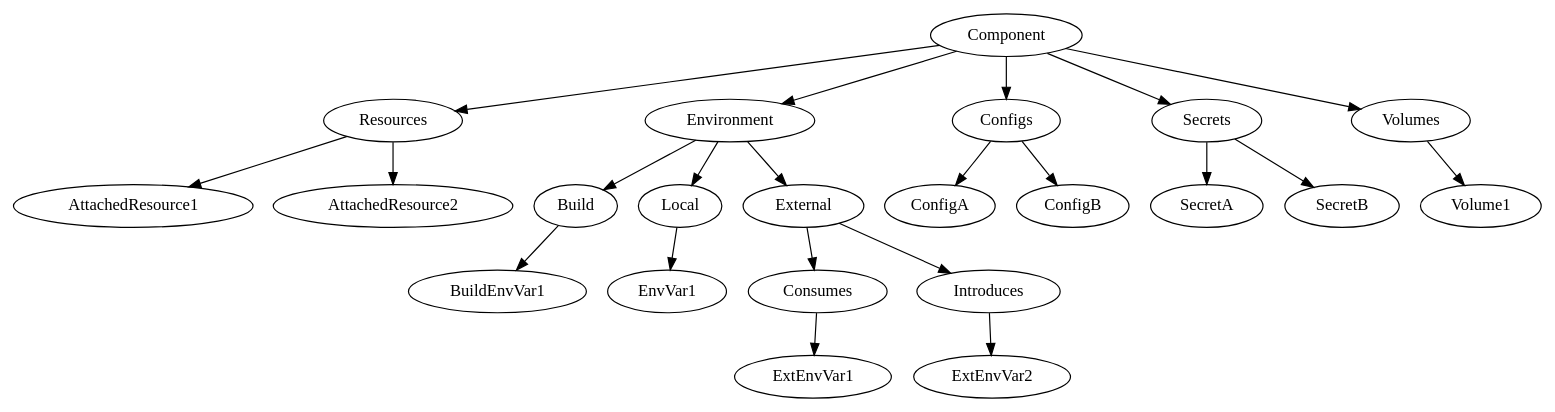
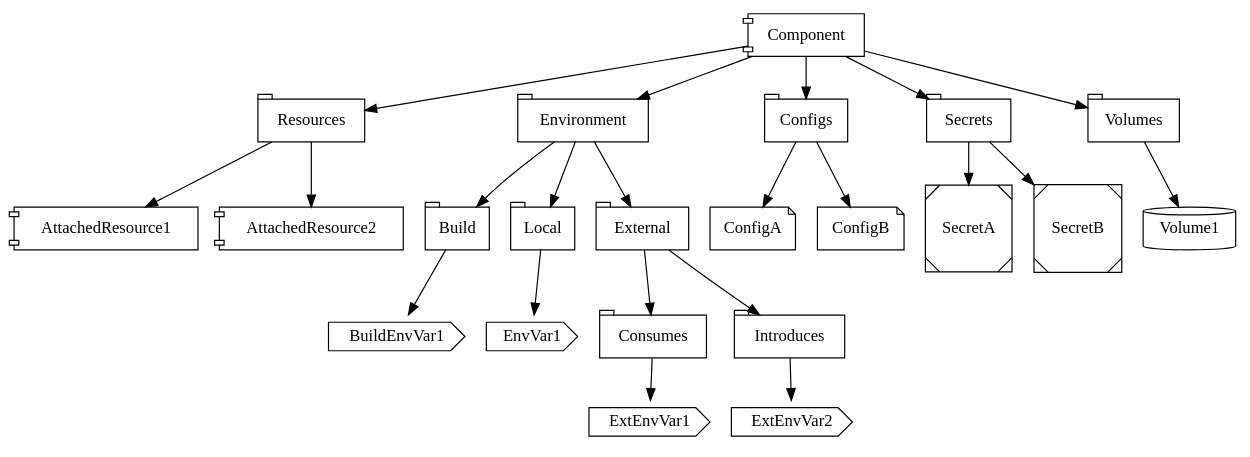
One commit to laetho/metagraf changed the diagram in doc/component.gv. Above: the diagram before and after it, drawn with Graphviz.

Commit message:
Added use of shapes to single component graph

```diff
--- a/doc/component.gv
+++ b/doc/component.gv
@@ -1,54 +1,73 @@
 digraph G {
-    rank=lrtp
+    rankdir="lr"
     /* Entities */
-    Component
+    Component [shape=component,colorscheme=pastel19,fillcolor=1]
 
-    Resources
-    Environment
-    Configs
-    Secrets
+    Resources [shape=tab]
+    AttachedResource1 [shape=component]
+    AttachedResource2 [shape=component]
 
-    Build
-    Local
-    External
+    Environment [shape=tab]
+    Build [shape=tab]
+    Local [shape=tab]
+    External [shape=tab]
+    Consumes [shape=tab]
+    Introduces [shape=tab]
+    EnvVar1 [shape=cds]
+    BuildEnvVar1 [shape=cds]
+    ExtEnvVar1 [shape=cds]
+    ExtEnvVar2 [shape=cds]
 
-    Consumes
-    Introduces
+    Configs [shape=tab]
+    ConfigA [shape=note]
+    ConfigB [shape=note]
+
+    Secrets [shape=tab]
+    SecretA [shape=Msquare]
+    SecretB [shape=Msquare]
+
+    Volumes [shape=tab]
+    Volume1 [shape=cylinder]
+
+    { rank=same; Resources Environment Configs Secrets Volumes }
+    { rank=same; Local External Build }
+
+
 
     //shortName [label="shortName", shape="|square,rectangle,circle,ellipse,triangle,plaintext,point,diamond,pentagon,hexagon,septagon,octagon,egg,trapezium,parallelogram,house,doublecircle,doubleoctagon,tripleoctagon,invtriangle,invtrapezium,invhouse,Mdiamond,Msquare,Mcircle,none,note,tab,folder,box3d|", URL="http://en.wikipedia.org/wiki/John de Fries"]
     
     /* Relationships */
     Component -> Resources
     Component -> Environment
     Component -> Configs
     Component -> Secrets
     Component -> Volumes
 
     Environment -> Build
     Environment -> Local
     Environment -> External
 
     Build -> BuildEnvVar1
     Local -> EnvVar1
 
     External -> Consumes
     External -> Introduces
 
     Consumes -> ExtEnvVar1
     Introduces -> ExtEnvVar2
 
     Configs -> ConfigA
     Configs -> ConfigB
 
     Secrets -> SecretA
     Secrets -> SecretB
 
     Resources -> AttachedResource1
-    Resources -> AttachedResource2 
+    Resources -> AttachedResource2
 
     Volumes -> Volume1
 
 
     /* Ranks */
     //{ rank=lr|same,min,max,# max is bottom|; shortName; };
 }
```
